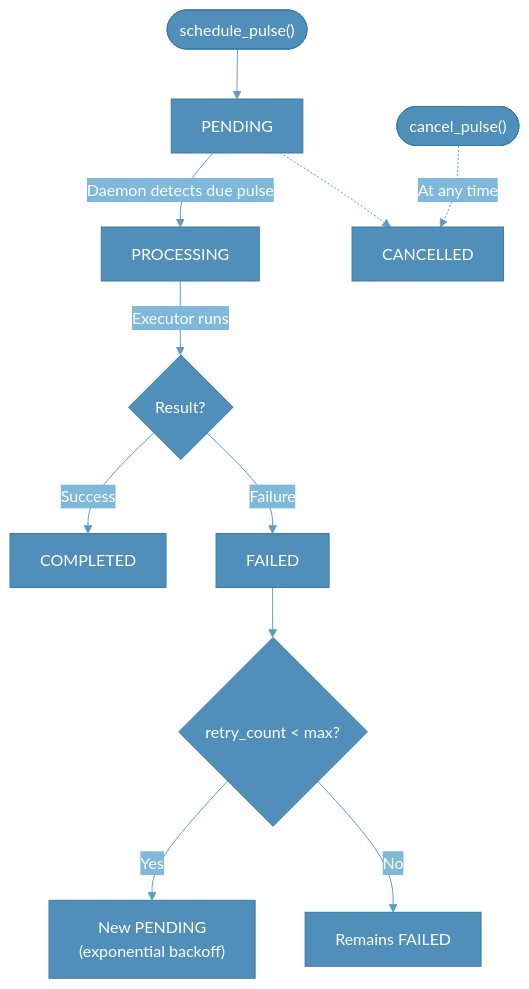
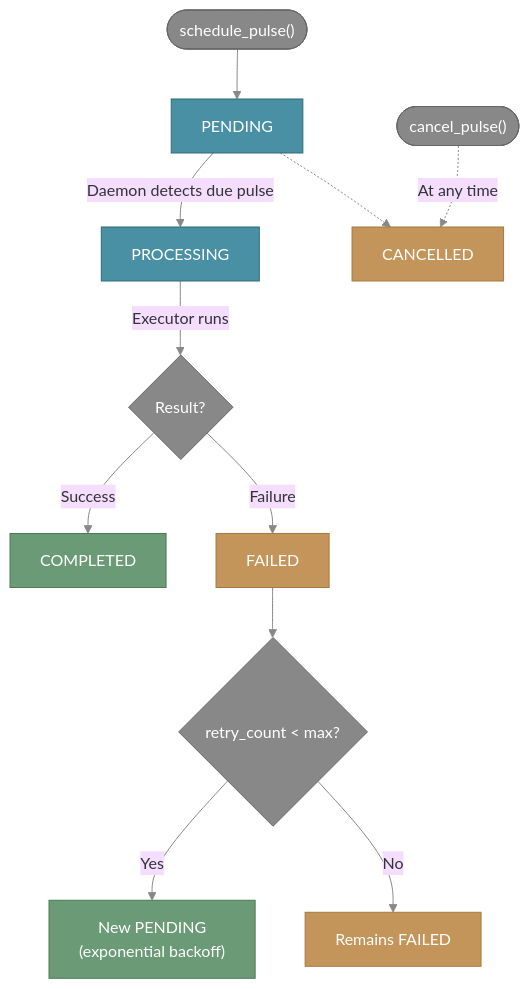
One commit to reubenjohn/reeve_bot changed the diagram in docs/architecture/pulse-queue.md. Above: the diagram before and after it, drawn with Mermaid. The commit also changed 1 other file, not shown here.

Commit message:
docs: Add color-coded component categories to diagrams
System Overview:
- Core (blue): Pulse API, Executor, Reeve, Pulse Queue MCP
- External (green): event listeners, other MCPs
- Database (amber): Pulse Queue
- Rename "HTTP API" to "Pulse API"

Pulse Lifecycle:
- Status (blue): PENDING, PROCESSING
- Success (green): COMPLETED, retry
- Failure (amber): FAILED, CANCELLED

````diff
--- a/docs/architecture/pulse-queue.md
+++ b/docs/architecture/pulse-queue.md
@@ -90,18 +90,29 @@
 ```mermaid
-%%{init: {'theme': 'base', 'themeVariables': { 'primaryColor': '#4f8fba', 'primaryTextColor': '#fff', 'primaryBorderColor': '#3a7ca5', 'lineColor': '#5c9dc4', 'secondaryColor': '#7eb8da', 'tertiaryColor': '#e8f4f8'}}}%%
+%%{init: {'theme': 'base', 'themeVariables': { 'lineColor': '#888'}}}%%
 flowchart TD
     create(["schedule_pulse()"]) --> pending["PENDING"]
     pending --> |"Daemon detects due pulse"| processing
     processing["PROCESSING"]
     processing --> |"Executor runs"| result{Result?}
 
     result --> |Success| completed["COMPLETED"]
     result --> |Failure| failed["FAILED"]
 
     failed --> retry{"retry_count < max?"}
     retry --> |Yes| new_pending["New PENDING<br/>(exponential backoff)"]
     retry --> |No| remains["Remains FAILED"]
 
     cancel(["cancel_pulse()"]) -.-> |"At any time"| cancelled["CANCELLED"]
     pending -.-> cancelled
+
+    %% Styles
+    classDef status fill:#4a90a4,stroke:#2e6b7a,color:#fff
+    classDef success fill:#6b9b76,stroke:#4a7a54,color:#fff
+    classDef failure fill:#c4955a,stroke:#a67940,color:#fff
+    classDef action fill:#888,stroke:#666,color:#fff
+
+    class pending,processing status
+    class completed,new_pending success
+    class failed,remains,cancelled failure
+    class create,cancel,result,retry action
 ```
````
